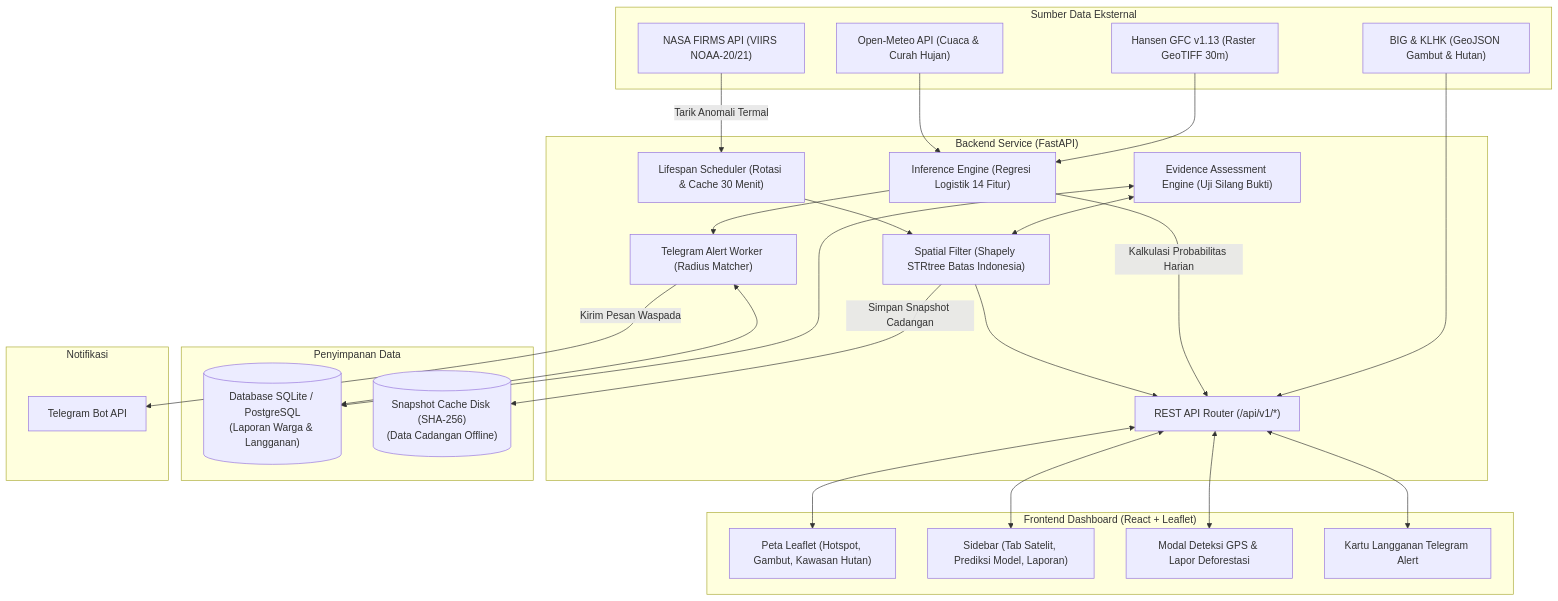
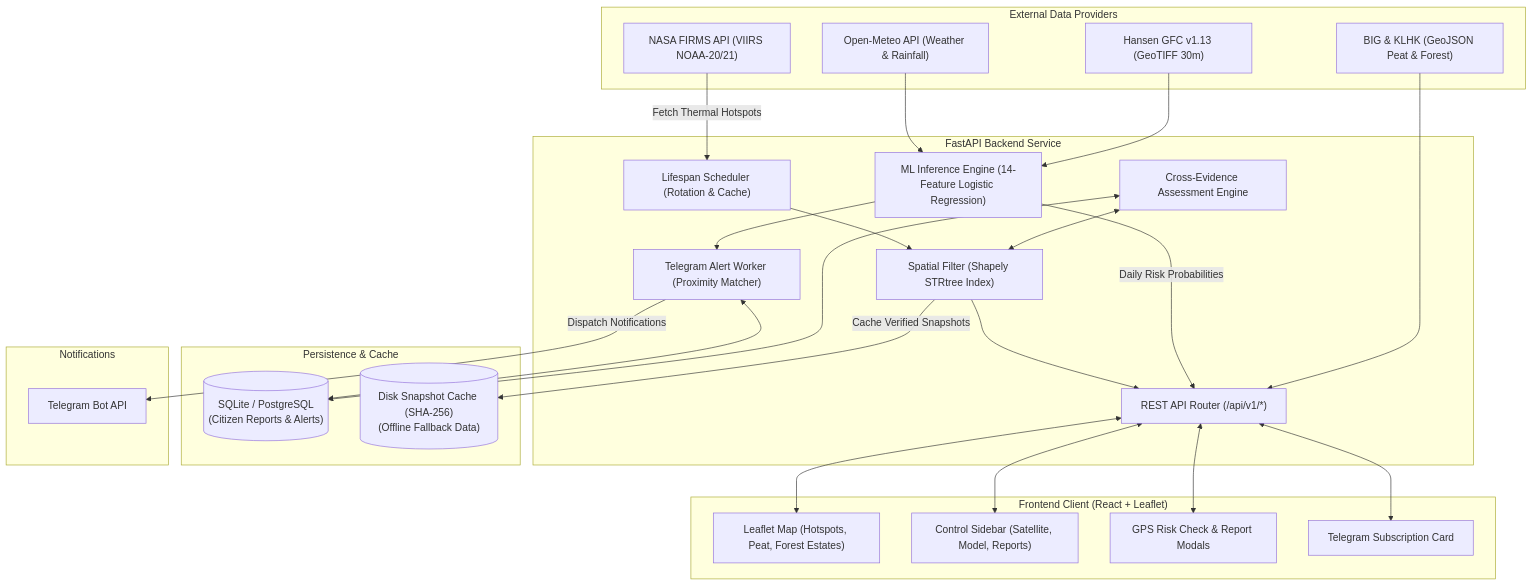
The diagram in README.md (aditrajagula/karhutla), drawn with Mermaid before and after one commit. The commit also changed other lines of this file and 6 other files, not shown here.

````diff
--- a/README.md
+++ b/README.md
@@ -136,56 +136,56 @@
 ```mermaid
 flowchart TD
-    subgraph ExternalSources["Sumber Data Eksternal"]
+    subgraph ExternalSources["External Data Providers"]
         NASA["NASA FIRMS API (VIIRS NOAA-20/21)"]
-        METEO["Open-Meteo API (Cuaca & Curah Hujan)"]
-        RASTER["Hansen GFC v1.13 (Raster GeoTIFF 30m)"]
-        POLYGON["BIG & KLHK (GeoJSON Gambut & Hutan)"]
+        METEO["Open-Meteo API (Weather & Rainfall)"]
+        RASTER["Hansen GFC v1.13 (GeoTIFF 30m)"]
+        POLYGON["BIG & KLHK (GeoJSON Peat & Forest)"]
     end
 
-    subgraph BackendSystem["Backend Service (FastAPI)"]
-        SCHED["Lifespan Scheduler (Rotasi & Cache 30 Menit)"]
-        FILTER["Spatial Filter (Shapely STRtree Batas Indonesia)"]
-        PRED["Inference Engine (Regresi Logistik 14 Fitur)"]
-        EVID["Evidence Assessment Engine (Uji Silang Bukti)"]
-        ALERT["Telegram Alert Worker (Radius Matcher)"]
+    subgraph BackendSystem["FastAPI Backend Service"]
+        SCHED["Lifespan Scheduler (Rotation & Cache)"]
+        FILTER["Spatial Filter (Shapely STRtree Index)"]
+        PRED["ML Inference Engine (14-Feature Logistic Regression)"]
+        EVID["Cross-Evidence Assessment Engine"]
+        ALERT["Telegram Alert Worker (Proximity Matcher)"]
         API["REST API Router (/api/v1/*)"]
     end
 
-    subgraph Storage["Penyimpanan Data"]
-        DB[("Database SQLite / PostgreSQL\n(Laporan Warga & Langganan)")]
-        SNAP[("Snapshot Cache Disk (SHA-256)\n(Data Cadangan Offline)")]
+    subgraph Storage["Persistence & Cache"]
+        DB[("SQLite / PostgreSQL\n(Citizen Reports & Alerts)")]
+        SNAP[("Disk Snapshot Cache (SHA-256)\n(Offline Fallback Data)")]
     end
 
-    subgraph Client["Frontend Dashboard (React + Leaflet)"]
-        MAP["Peta Leaflet (Hotspot, Gambut, Kawasan Hutan)"]
-        SIDEBAR["Sidebar (Tab Satelit, Prediksi Model, Laporan)"]
-        MODAL["Modal Deteksi GPS & Lapor Deforestasi"]
-        TG_CARD["Kartu Langganan Telegram Alert"]
+    subgraph Client["Frontend Client (React + Leaflet)"]
+        MAP["Leaflet Map (Hotspots, Peat, Forest Estates)"]
+        SIDEBAR["Control Sidebar (Satellite, Model, Reports)"]
+        MODAL["GPS Risk Check & Report Modals"]
+        TG_CARD["Telegram Subscription Card"]
     end
 
-    subgraph Messaging["Notifikasi"]
+    subgraph Messaging["Notifications"]
         TELEGRAM["Telegram Bot API"]
     end
 
-    NASA -->|Tarik Anomali Termal| SCHED
+    NASA -->|Fetch Thermal Hotspots| SCHED
     SCHED --> FILTER
-    FILTER -->|Simpan Snapshot Cadangan| SNAP
+    FILTER -->|Cache Verified Snapshots| SNAP
     FILTER --> API
 
     METEO & RASTER --> PRED
-    PRED -->|Kalkulasi Probabilitas Harian| API
+    PRED -->|Daily Risk Probabilities| API
     PRED --> ALERT
 
-    ALERT -->|Kirim Pesan Waspada| TELEGRAM
+    ALERT -->|Dispatch Notifications| TELEGRAM
     ALERT <--> DB
 
     POLYGON --> API
 
     EVID <--> DB
     EVID <--> FILTER
 
     API <--> MAP
     API <--> SIDEBAR
     API <--> MODAL
     API <--> TG_CARD
 ```
````
